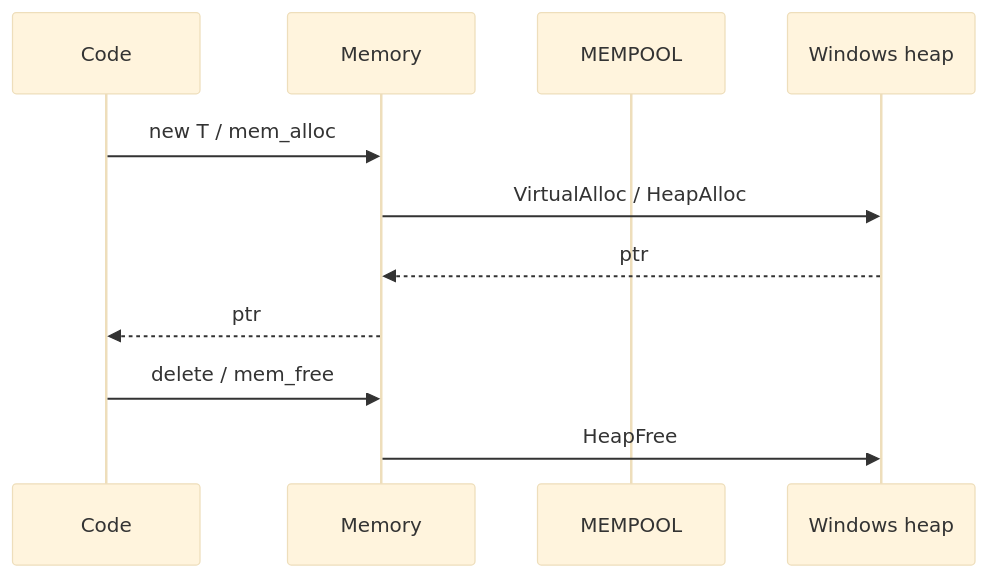
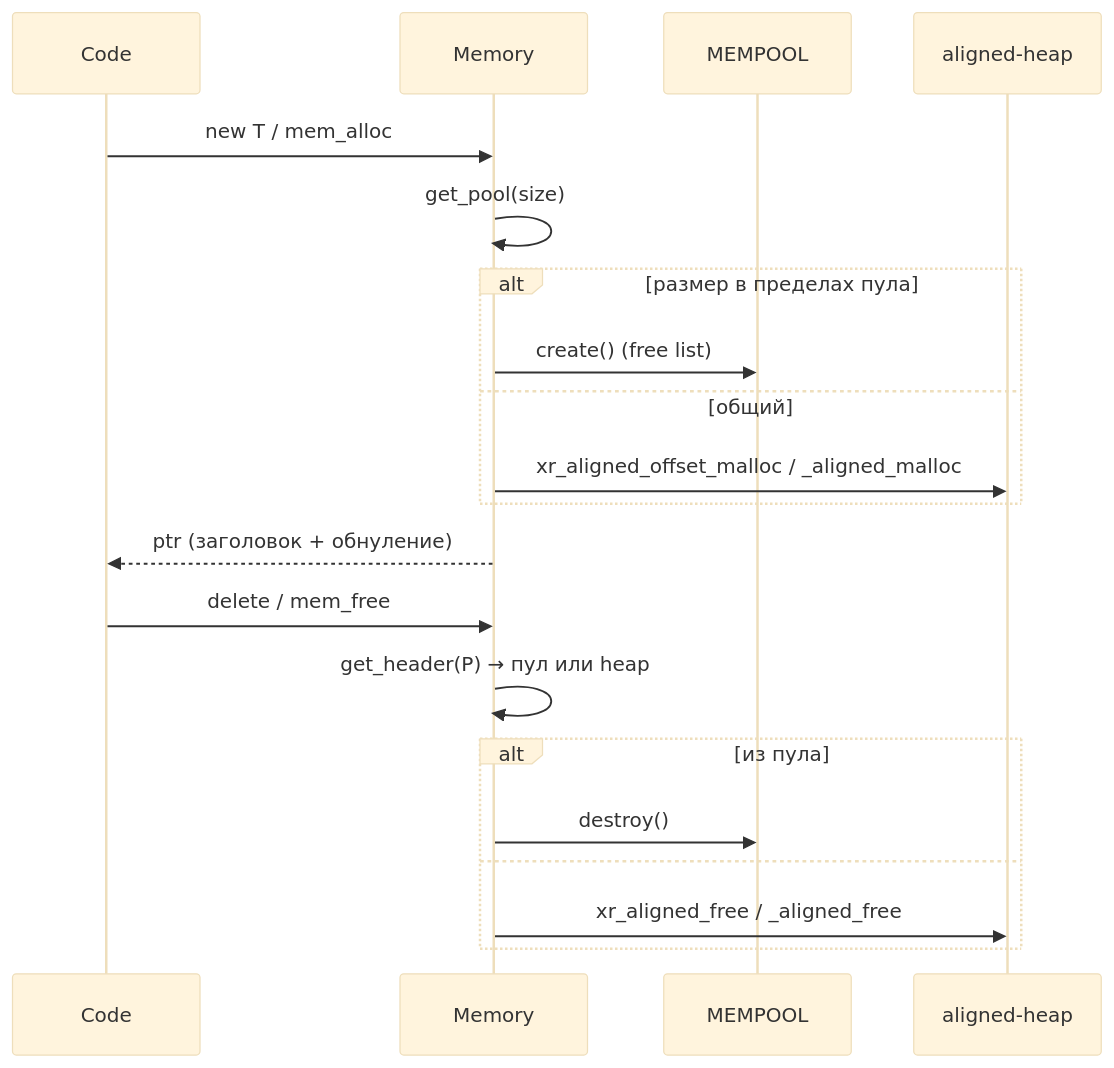
Before and after one commit to zaxler116/xray-monolith: the second of 2 diagrams in docs/docs/modules/xr-core/memory.md, drawn with Mermaid (base theme). The commit also changed other lines of this file and 23 other files, not shown here.

````diff
--- a/docs/docs/modules/xr-core/memory.md
+++ b/docs/docs/modules/xr-core/memory.md
@@ -166,13 +255,22 @@
 ```mermaid
 sequenceDiagram
     participant Code
     participant Memory
     participant Pool as MEMPOOL
-    participant Win as Windows heap
+    participant Heap as aligned-heap
     Code->>Memory: new T / mem_alloc
-    Memory->>Win: VirtualAlloc / HeapAlloc
-    Win-->>Memory: ptr
-    Memory-->>Code: ptr
+    Memory->>Memory: get_pool(size)
+    alt размер в пределах пула
+        Memory->>Pool: create() (free list)
+    else общий
+        Memory->>Heap: xr_aligned_offset_malloc / _aligned_malloc
+    end
+    Memory-->>Code: ptr (заголовок + обнуление)
     Code->>Memory: delete / mem_free
-    Memory->>Win: HeapFree
+    Memory->>Memory: get_header(P) → пул или heap
+    alt из пула
+        Memory->>Pool: destroy()
+    else
+        Memory->>Heap: xr_aligned_free / _aligned_free
+    end
 ```
````
